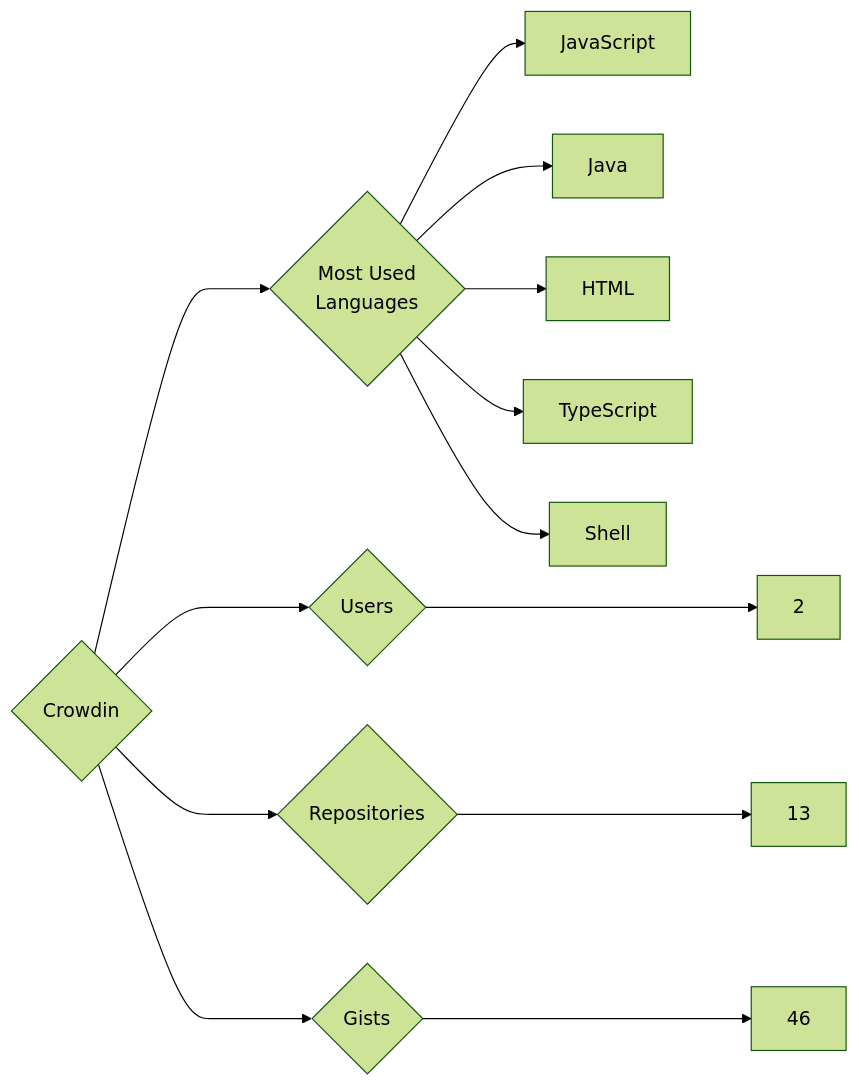
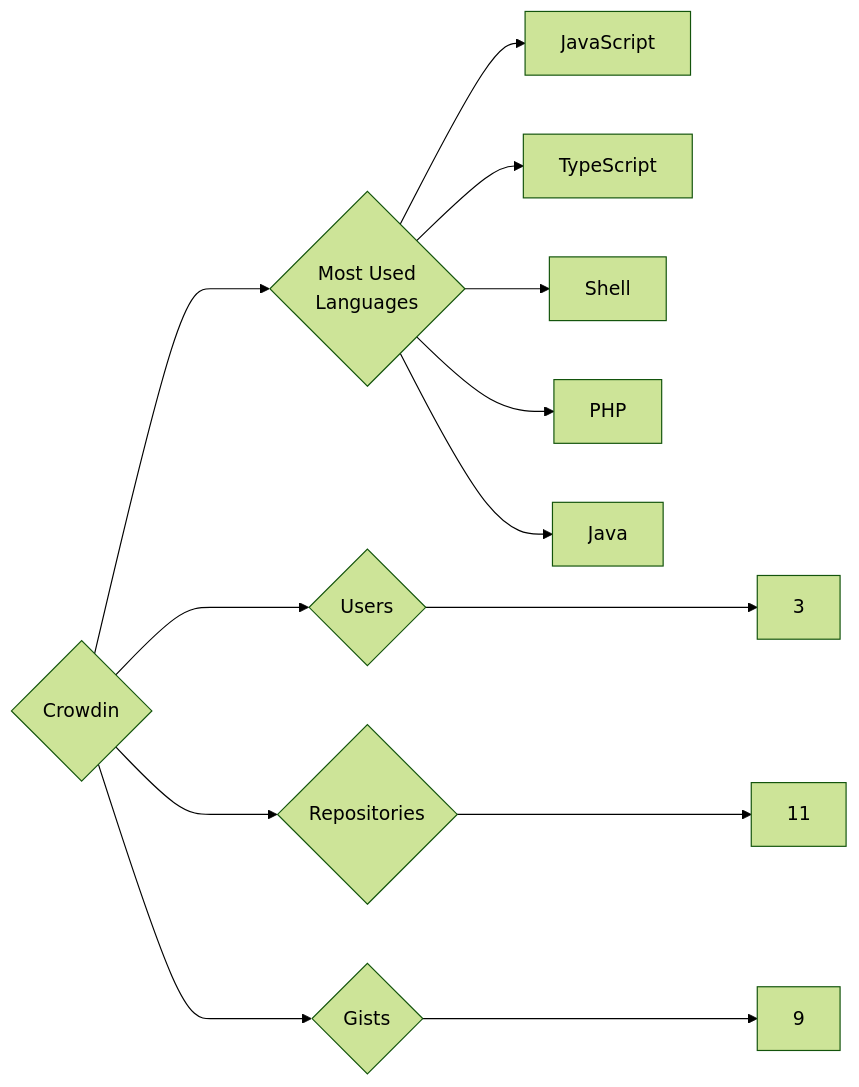
The diagram in targets/Crowdin/README.md (trickest/insiders), drawn with Mermaid (forest theme) before and after one commit. The commit also changed 870 other files, not shown here.

````diff
--- a/targets/Crowdin/README.md
+++ b/targets/Crowdin/README.md
@@ -3,13 +3,13 @@
 ```mermaid
 graph LR
 COMPANY_NAME{Crowdin}
-COMPANY_NAME ---> U{Users} ---> UN[2]
-COMPANY_NAME ---> R{Repositories} ---> RN[13]
-COMPANY_NAME ---> G{Gists} ---> GN[46]
+COMPANY_NAME ---> U{Users} ---> UN[3]
+COMPANY_NAME ---> R{Repositories} ---> RN[11]
+COMPANY_NAME ---> G{Gists} ---> GN[9]
 COMPANY_NAME ---> ML{Most Used<br>Languages}
 ML --> JavaScript[JavaScript]
-ML --> Java[Java]
-ML --> HTML[HTML]
 ML --> TypeScript[TypeScript]
 ML --> Shell[Shell]
+ML --> PHP[PHP]
+ML --> Java[Java]
 ```
````
